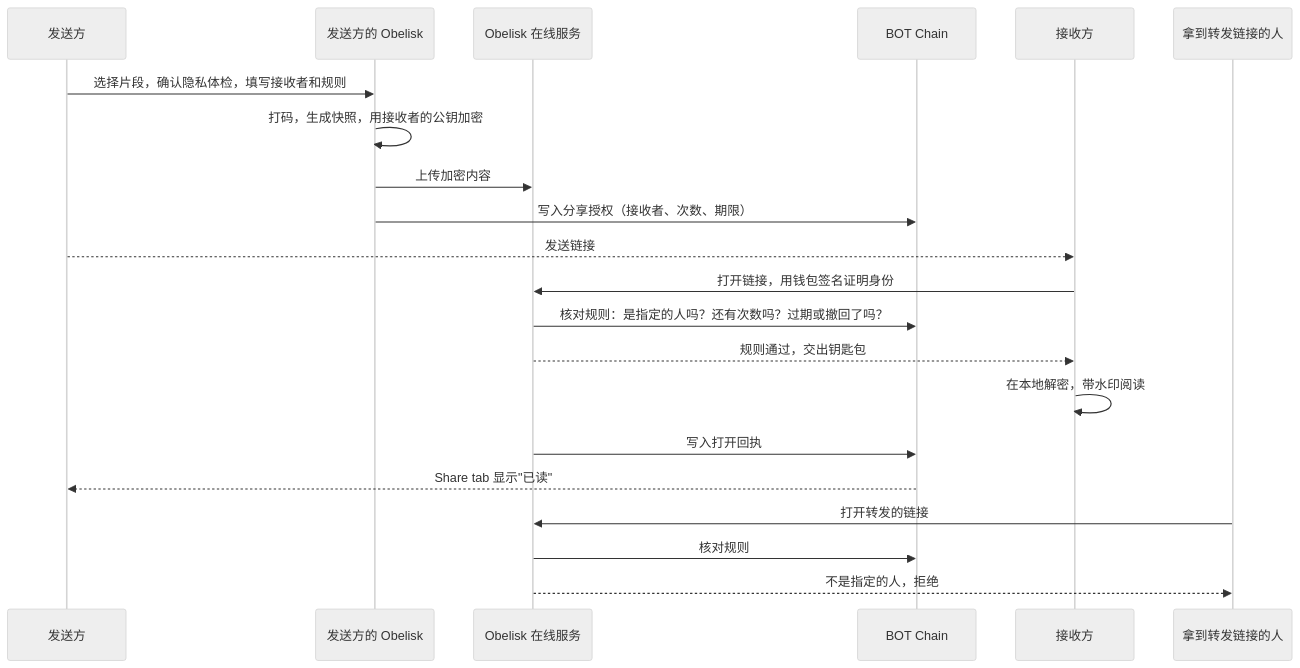
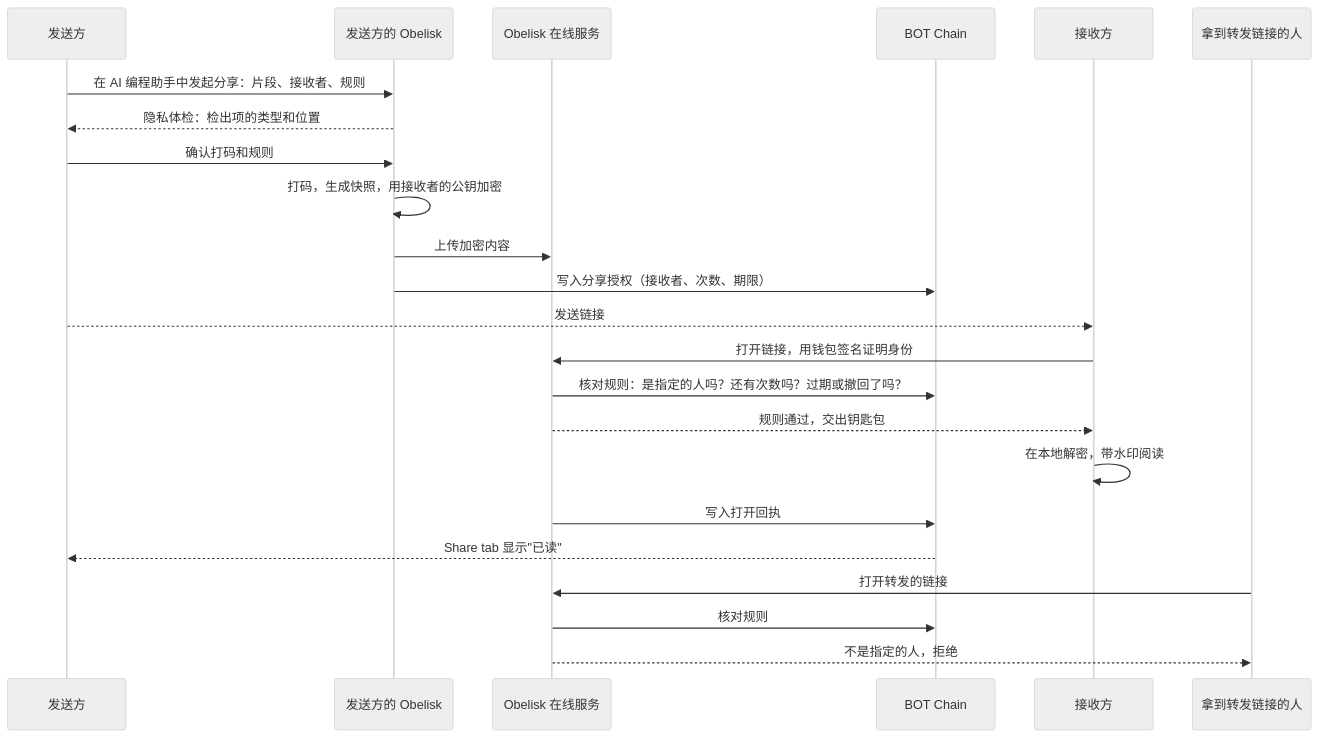
One commit to KinomotoMio/obelisk-hackathon changed the diagram in docs/vision/02-private-sharing.md. Above: the diagram before and after it, drawn with Mermaid (neutral theme). The commit also changed other lines of this file and 13 other files, not shown here.

````diff
--- a/docs/vision/02-private-sharing.md
+++ b/docs/vision/02-private-sharing.md
@@ -41,23 +41,25 @@
 ```mermaid
 sequenceDiagram
   participant A as 发送方
   participant L as 发送方的 Obelisk
   participant S as Obelisk 在线服务
   participant C as BOT Chain
   participant B as 接收方
   participant X as 拿到转发链接的人
-  A->>L: 选择片段，确认隐私体检，填写接收者和规则
+  A->>L: 在 AI 编程助手中发起分享：片段、接收者、规则
+  L-->>A: 隐私体检：检出项的类型和位置
+  A->>L: 确认打码和规则
   L->>L: 打码，生成快照，用接收者的公钥加密
   L->>S: 上传加密内容
   L->>C: 写入分享授权（接收者、次数、期限）
   A-->>B: 发送链接
   B->>S: 打开链接，用钱包签名证明身份
   S->>C: 核对规则：是指定的人吗？还有次数吗？过期或撤回了吗？
   S-->>B: 规则通过，交出钥匙包
   B->>B: 在本地解密，带水印阅读
   S->>C: 写入打开回执
   C-->>A: Share tab 显示"已读"
   X->>S: 打开转发的链接
   S->>C: 核对规则
   S-->>X: 不是指定的人，拒绝
 ```
````
